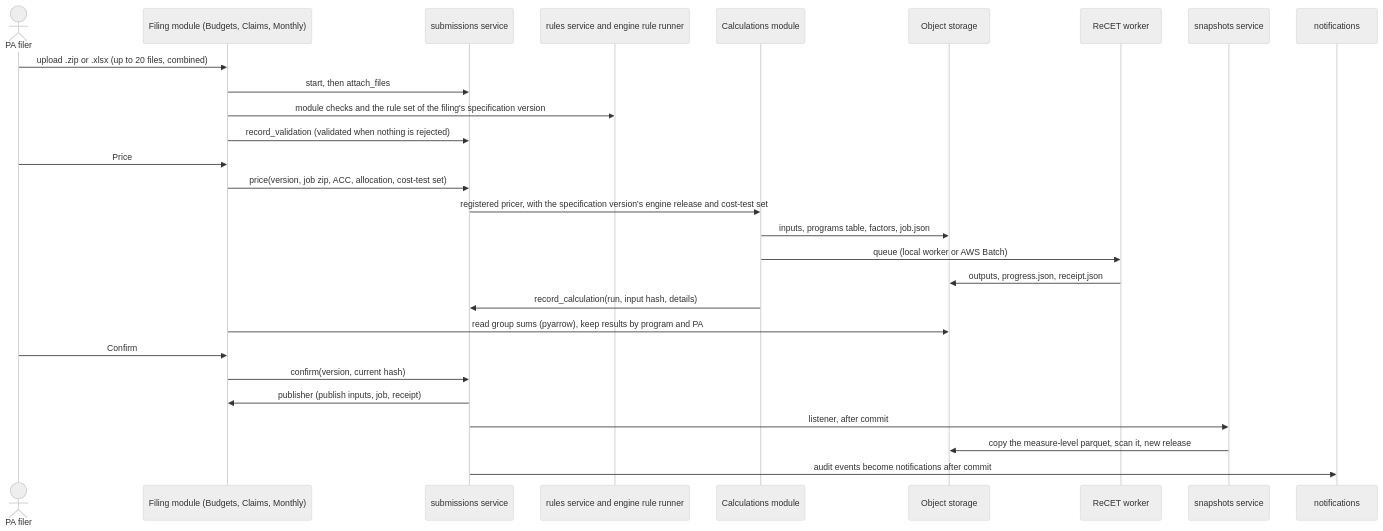
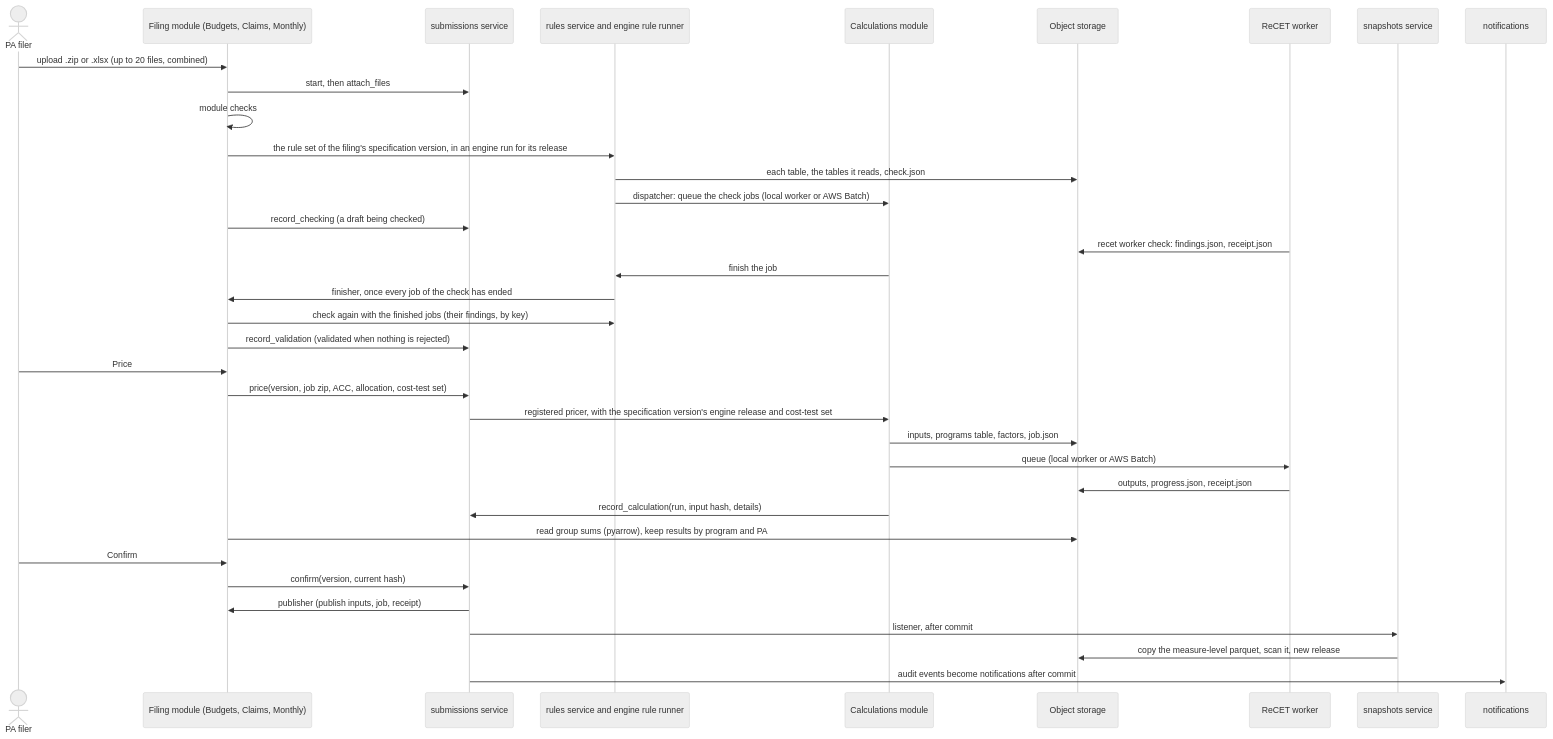
One commit to JRichardson-PGE/CEDARS-Platform changed diagram 19 of 25 in docs/ARCHITECTURE_AS_BUILT.md. Above: the diagram before and after it, drawn with Mermaid (neutral theme). The commit also changed other lines of this file and 32 other files, not shown here.

````diff
--- a/docs/ARCHITECTURE_AS_BUILT.md
+++ b/docs/ARCHITECTURE_AS_BUILT.md
@@ -1170,30 +1208,38 @@
 ```mermaid
 sequenceDiagram
   actor F as PA filer
   participant M as Filing module (Budgets, Claims, Monthly)
   participant S as submissions service
   participant R as rules service and engine rule runner
   participant C as Calculations module
   participant O as Object storage
   participant W as ReCET worker
   participant P as snapshots service
   participant N as notifications
   F->>M: upload .zip or .xlsx (up to 20 files, combined)
   M->>S: start, then attach_files
-  M->>R: module checks and the rule set of the filing's specification version
+  M->>M: module checks
+  M->>R: the rule set of the filing's specification version, in an engine run for its release
+  R->>O: each table, the tables it reads, check.json
+  R->>C: dispatcher: queue the check jobs (local worker or AWS Batch)
+  M->>S: record_checking (a draft being checked)
+  W->>O: recet worker check: findings.json, receipt.json
+  C->>R: finish the job
+  R->>M: finisher, once every job of the check has ended
+  M->>R: check again with the finished jobs (their findings, by key)
   M->>S: record_validation (validated when nothing is rejected)
   F->>M: Price
   M->>S: price(version, job zip, ACC, allocation, cost-test set)
   S->>C: registered pricer, with the specification version's engine release and cost-test set
   C->>O: inputs, programs table, factors, job.json
   C->>W: queue (local worker or AWS Batch)
   W->>O: outputs, progress.json, receipt.json
   C->>S: record_calculation(run, input hash, details)
   M->>O: read group sums (pyarrow), keep results by program and PA
   F->>M: Confirm
   M->>S: confirm(version, current hash)
   S->>M: publisher (publish inputs, job, receipt)
   S->>P: listener, after commit
   P->>O: copy the measure-level parquet, scan it, new release
   S->>N: audit events become notifications after commit
 ```
````
